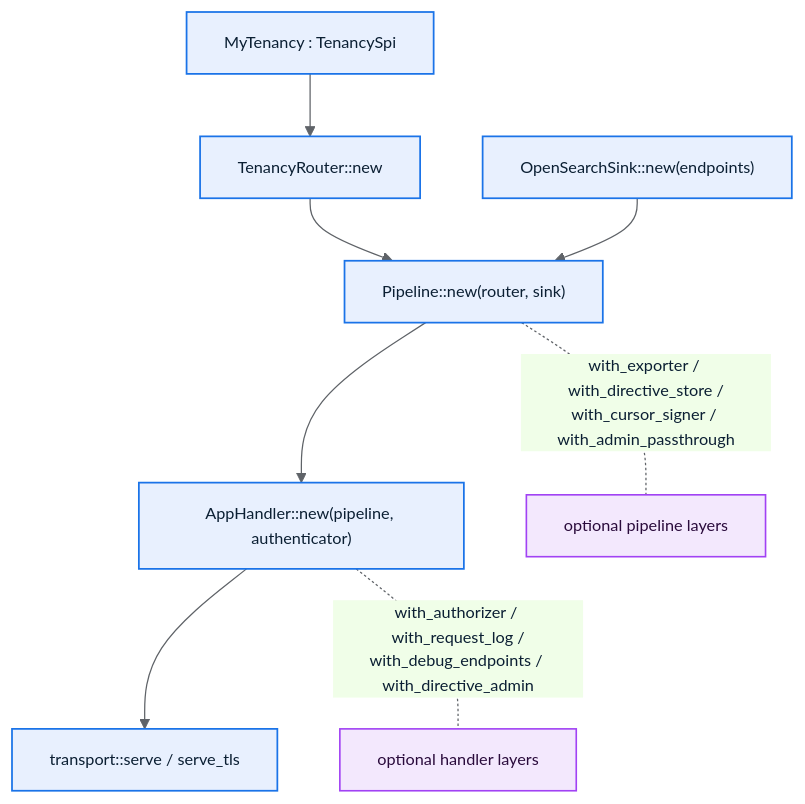
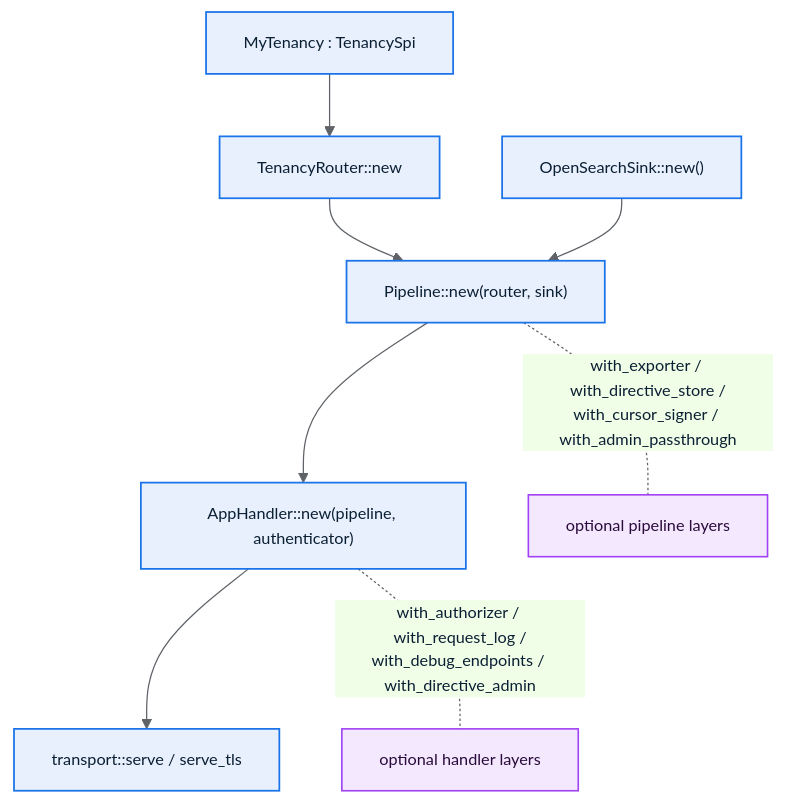
Before and after one commit to huyz0/opensearch-proxy: the diagram in docs/guide/06-wiring-example.md, drawn with Mermaid. The commit also changed 4 other files, not shown here.

````diff
--- a/docs/guide/06-wiring-example.md
+++ b/docs/guide/06-wiring-example.md
@@ -10,17 +10,17 @@
 ```mermaid
 %%{init: {'theme':'base','themeVariables':{'primaryColor':'#e8f0fe','primaryTextColor':'#0b1f33','primaryBorderColor':'#1a73e8','lineColor':'#5f6368','fontSize':'13px'}}}%%
 flowchart TB
     ten["MyTenancy : TenancySpi"] --> tr["TenancyRouter::new"]
     tr --> pl["Pipeline::new(router, sink)"]
-    sink["OpenSearchSink::new(endpoints)"] --> pl
+    sink["OpenSearchSink::new()"] --> pl
     pl --> h["AppHandler::new(pipeline, authenticator)"]
     h --> serve["transport::serve / serve_tls"]
 
     pl -. "with_exporter / with_directive_store /<br/>with_cursor_signer / with_admin_passthrough" .- opt1["optional pipeline layers"]
     h -. "with_authorizer / with_request_log /<br/>with_debug_endpoints / with_directive_admin" .- opt2["optional handler layers"]
 
     classDef step fill:#e8f0fe,stroke:#1a73e8,stroke-width:1.4px,color:#0b1f33;
     classDef opt fill:#f3e8fd,stroke:#a142f4,stroke-width:1.3px,color:#2a0b3c;
     class ten,tr,pl,sink,h,serve step;
     class opt1,opt2 opt;
 ```
````
